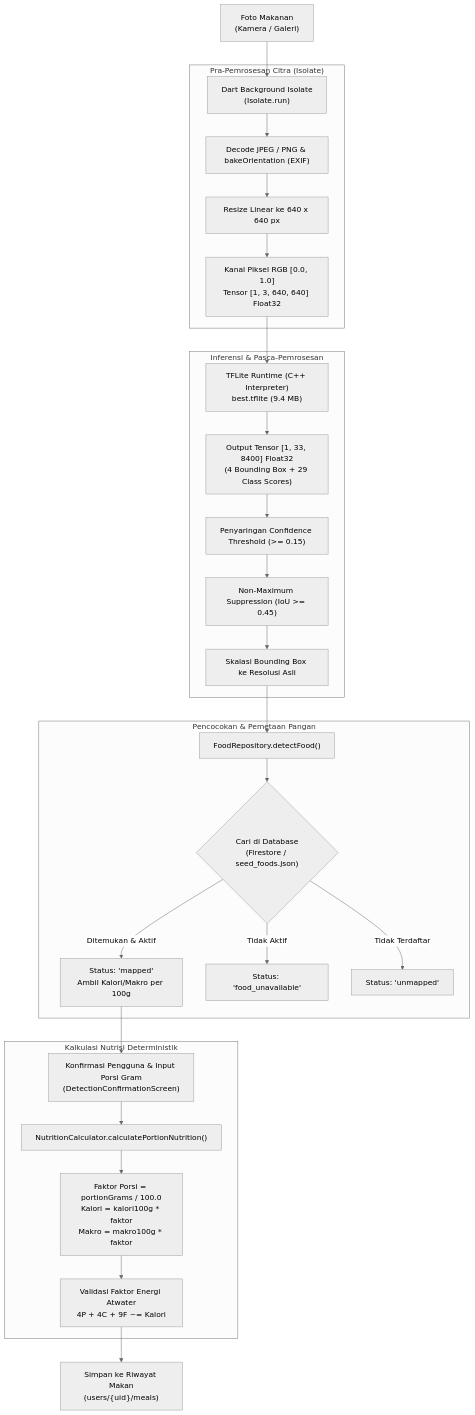
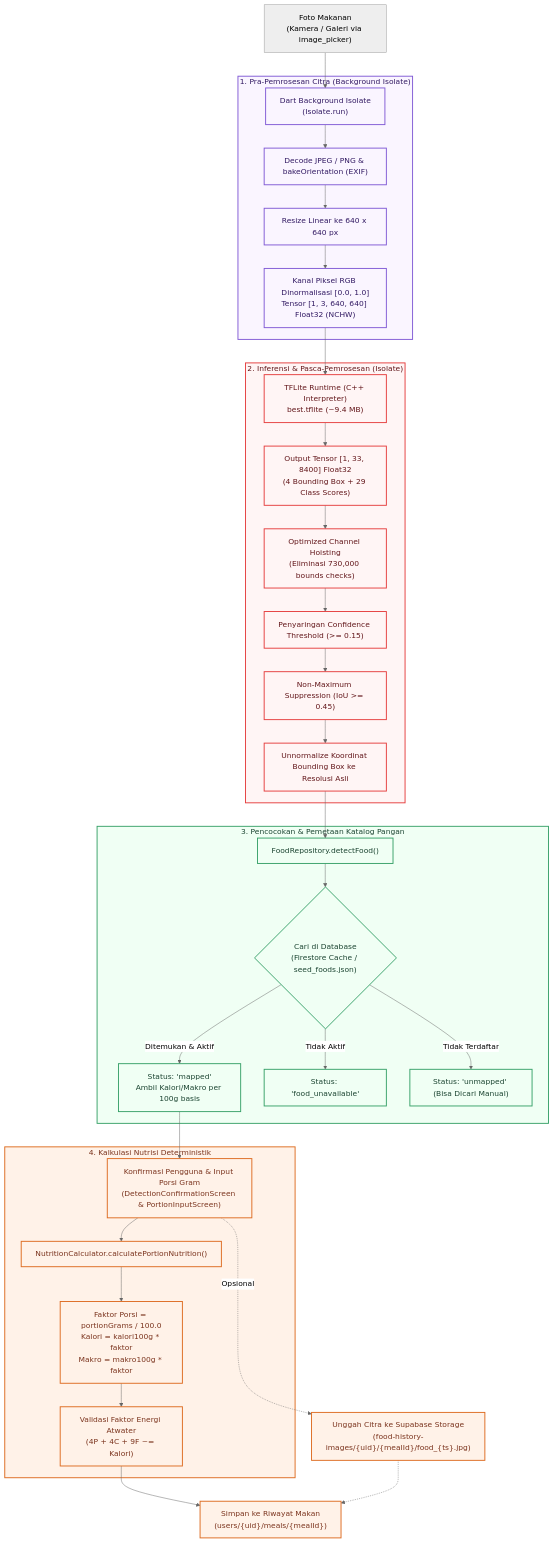
Before and after one commit to ahmadbadawiTzy/OopsieEats: the diagram in docs/MACHINE_LEARNING.md, drawn with Mermaid (neutral theme). The commit also changed other lines of this file and 635 other files, not shown here.

````diff
--- a/docs/MACHINE_LEARNING.md
+++ b/docs/MACHINE_LEARNING.md
@@ -20,38 +20,51 @@
 ```mermaid
 flowchart TD
-    A["Foto Makanan\n(Kamera / Galeri)"] --> B["Dart Background Isolate\n(Isolate.run)"]
+    A["Foto Makanan\n(Kamera / Galeri via image_picker)"] --> B["Dart Background Isolate\n(Isolate.run)"]
     
-    subgraph "Pra-Pemrosesan Citra (Isolate)"
+    subgraph Preprocessing ["1. Pra-Pemrosesan Citra (Background Isolate)"]
         B --> C["Decode JPEG / PNG & bakeOrientation (EXIF)"]
         C --> D["Resize Linear ke 640 x 640 px"]
-        D --> E["Kanal Piksel RGB [0.0, 1.0]\nTensor [1, 3, 640, 640] Float32"]
+        D --> E["Kanal Piksel RGB Dinormalisasi [0.0, 1.0]\nTensor [1, 3, 640, 640] Float32 (NCHW)"]
     end
     
-    E --> F["TFLite Runtime (C++ Interpreter)\nbest.tflite (9.4 MB)"]
+    E --> F["TFLite Runtime (C++ Interpreter)\nbest.tflite (~9.4 MB)"]
     
-    subgraph "Inferensi & Pasca-Pemrosesan"
+    subgraph Postprocessing ["2. Inferensi & Pasca-Pemrosesan (Isolate)"]
         F --> G["Output Tensor [1, 33, 8400] Float32\n(4 Bounding Box + 29 Class Scores)"]
-        G --> H["Penyaringan Confidence Threshold (>= 0.15)"]
-        H --> I["Non-Maximum Suppression (IoU >= 0.45)"]
-        I --> J["Skalasi Bounding Box ke Resolusi Asli"]
+        G --> H["Optimized Channel Hoisting\n(Eliminasi 730,000 bounds checks)"]
+        H --> I["Penyaringan Confidence Threshold (>= 0.15)"]
+        I --> J["Non-Maximum Suppression (IoU >= 0.45)"]
+        J --> K["Unnormalize Koordinat Bounding Box ke Resolusi Asli"]
     end
     
-    J --> K["FoodRepository.detectFood()"]
+    K --> L["FoodRepository.detectFood()"]
     
-    subgraph "Pencocokan & Pemetaan Pangan"
-        K --> L{"Cari di Database\n(Firestore / seed_foods.json)"}
-        L -->|Ditemukan & Aktif| M["Status: 'mapped'\nAmbil Kalori/Makro per 100g"]
-        L -->|Tidak Aktif| N["Status: 'food_unavailable'"]
-        L -->|Tidak Terdaftar| O["Status: 'unmapped'"]
+    subgraph CatalogMatch ["3. Pencocokan & Pemetaan Katalog Pangan"]
+        L --> M{"Cari di Database\n(Firestore Cache / seed_foods.json)"}
+        M -->|Ditemukan & Aktif| N["Status: 'mapped'\nAmbil Kalori/Makro per 100g basis"]
+        M -->|Tidak Aktif| O["Status: 'food_unavailable'"]
+        M -->|Tidak Terdaftar| P["Status: 'unmapped' (Bisa Dicari Manual)"]
     end
     
-    M --> P["Konfirmasi Pengguna & Input Porsi Gram\n(DetectionConfirmationScreen)"]
+    N --> Q["Konfirmasi Pengguna & Input Porsi Gram\n(DetectionConfirmationScreen & PortionInputScreen)"]
     
-    subgraph "Kalkulasi Nutrisi Deterministik"
-        P --> Q["NutritionCalculator.calculatePortionNutrition()"]
-        Q --> R["Faktor Porsi = portionGrams / 100.0\nKalori = kalori100g * faktor\nMakro = makro100g * faktor"]
-        R --> S["Validasi Faktor Energi Atwater\n4P + 4C + 9F ~= Kalori"]
+    subgraph NutritionMath ["4. Kalkulasi Nutrisi Deterministik"]
+        Q --> R["NutritionCalculator.calculatePortionNutrition()"]
+        R --> S["Faktor Porsi = portionGrams / 100.0\nKalori = kalori100g * faktor\nMakro = makro100g * faktor"]
+        S --> T["Validasi Faktor Energi Atwater\n(4P + 4C + 9F ~= Kalori)"]
     end
     
-    S --> T["Simpan ke Riwayat Makan\n(users/{uid}/meals)"]
+    T --> U["Simpan ke Riwayat Makan\n(users/{uid}/meals/{mealId})"]
+    Q -.->|Opsional| V["Unggah Citra ke Supabase Storage\n(food-history-images/{uid}/{mealId}/food_{ts}.jpg)"]
+    V -.-> U
+
+    classDef prep fill:#FAF5FF,stroke:#805AD5,stroke-width:2px,color:#321A63;
+    classDef post fill:#FFF5F5,stroke:#E53E3E,stroke-width:2px,color:#63171B;
+    classDef match fill:#F0FFF4,stroke:#38A169,stroke-width:2px,color:#1C4532;
+    classDef math fill:#FFF2E8,stroke:#DD6B20,stroke-width:2px,color:#7B341E;
+
+    class Preprocessing,B,C,D,E prep;
+    class Postprocessing,F,G,H,I,J,K post;
+    class CatalogMatch,L,M,N,O,P match;
+    class NutritionMath,Q,R,S,T,U,V math;
 ```
````
